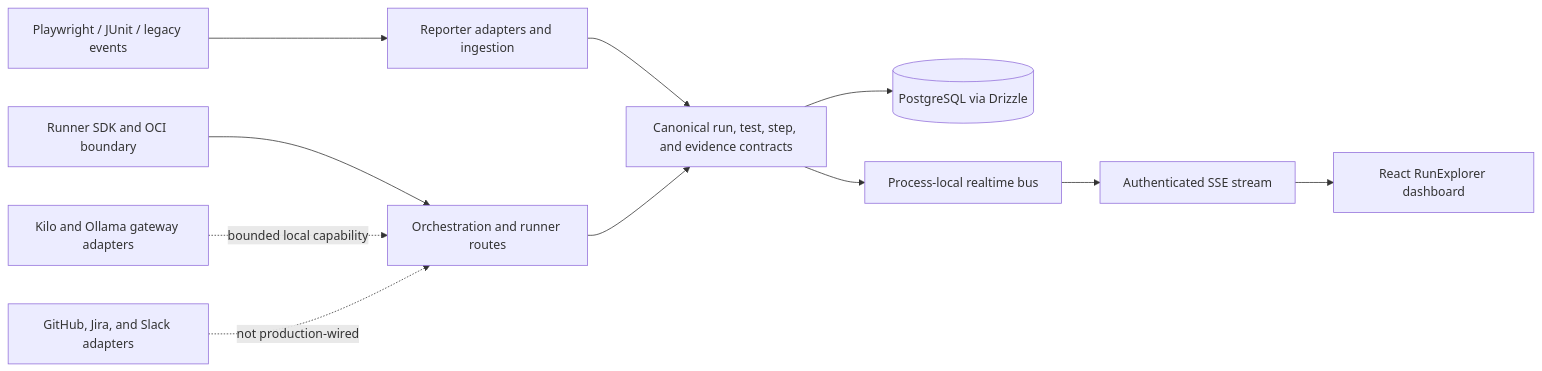
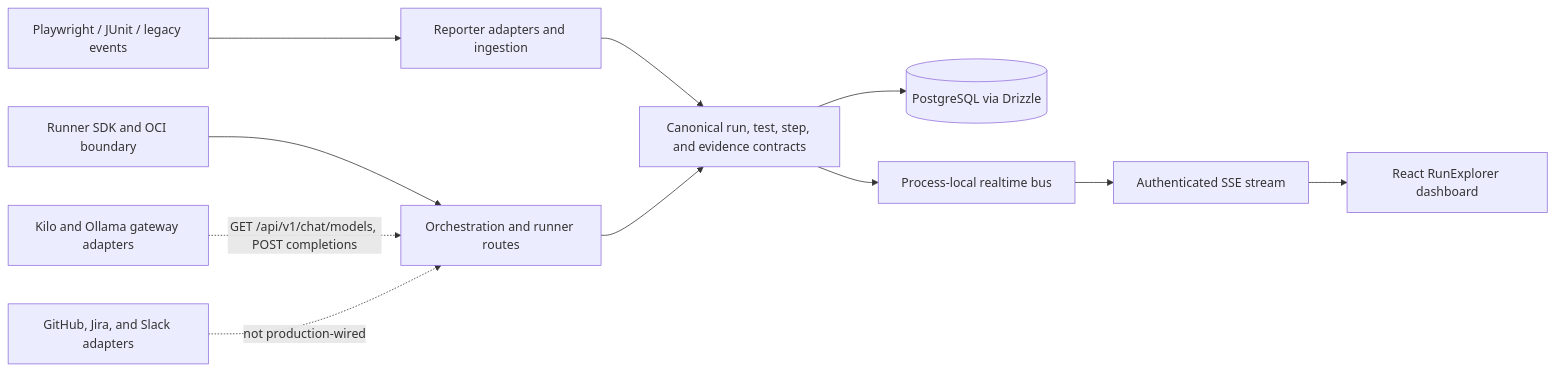
One commit to Sergey-Bar/AutoMate changed the diagram in README.md. Above: the diagram before and after it, drawn with Mermaid. The commit also changed other lines of this file, not shown here.

````diff
--- a/README.md
+++ b/README.md
@@ -31,15 +31,15 @@
 ```mermaid
 flowchart LR
     Producer["Playwright / JUnit / legacy events"] --> Reporter["Reporter adapters and ingestion"]
     Reporter --> Contracts["Canonical run, test, step, and evidence contracts"]
     Contracts --> DB[("PostgreSQL via Drizzle")]
     Contracts --> Bus["Process-local realtime bus"]
     Bus --> SSE["Authenticated SSE stream"]
     SSE --> Web["React RunExplorer dashboard"]
 
     Runner["Runner SDK and OCI boundary"] --> Control["Orchestration and runner routes"]
     Control --> Contracts
 
-    AI["Kilo and Ollama gateway adapters"] -. "bounded local capability" .-> Control
+    AI["Kilo and Ollama gateway adapters"] -. "GET /api/v1/chat/models, POST completions" .-> Control
     Connectors["GitHub, Jira, and Slack adapters"] -. "not production-wired" .-> Control
 ```
````
